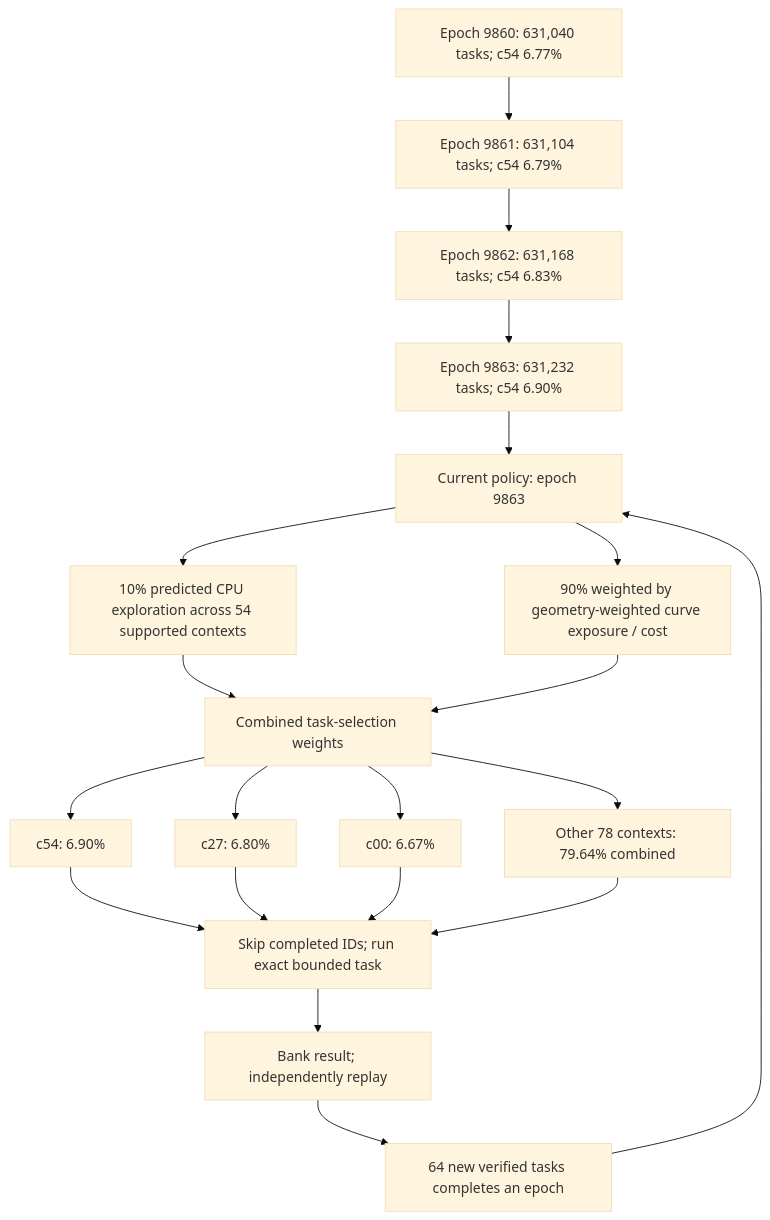
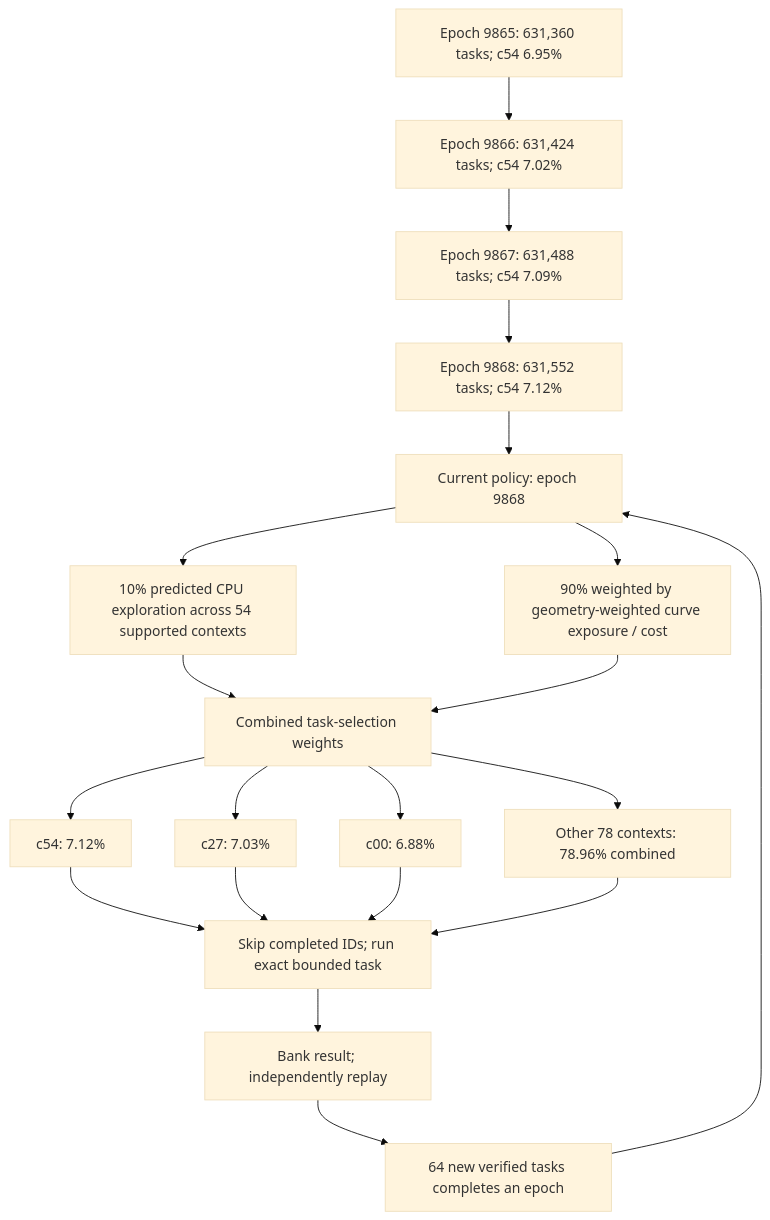
The first of 4 diagrams in README.md (Kuberwastaken/math-gambling), drawn with Mermaid (base theme) before and after one commit. The commit also changed other lines of this file and 786 other files, not shown here.

````diff
--- a/README.md
+++ b/README.md
@@ -60,27 +60,27 @@
 ```mermaid
 flowchart TD
-    H0["Epoch 9860: 631,040 tasks; c54 6.77%"]
-    H1["Epoch 9861: 631,104 tasks; c54 6.79%"]
+    H0["Epoch 9865: 631,360 tasks; c54 6.95%"]
+    H1["Epoch 9866: 631,424 tasks; c54 7.02%"]
     H0 --> H1
-    H2["Epoch 9862: 631,168 tasks; c54 6.83%"]
+    H2["Epoch 9867: 631,488 tasks; c54 7.09%"]
     H1 --> H2
-    H3["Epoch 9863: 631,232 tasks; c54 6.90%"]
+    H3["Epoch 9868: 631,552 tasks; c54 7.12%"]
     H2 --> H3
-    Policy["Current policy: epoch 9863"]
+    Policy["Current policy: epoch 9868"]
     H3 --> Policy
     Policy --> Explore["10% predicted CPU exploration across 54 supported contexts"]
     Policy --> Cost["90% weighted by geometry-weighted curve exposure / cost"]
     Explore --> Mix["Combined task-selection weights"]
     Cost --> Mix
-    Mix --> C0["c54: 6.90%"]
-    Mix --> C1["c27: 6.80%"]
-    Mix --> C2["c00: 6.67%"]
-    Mix --> Rest["Other 78 contexts: 79.64% combined"]
+    Mix --> C0["c54: 7.12%"]
+    Mix --> C1["c27: 7.03%"]
+    Mix --> C2["c00: 6.88%"]
+    Mix --> Rest["Other 78 contexts: 78.96% combined"]
     C0 --> Check["Skip completed IDs; run exact bounded task"]
     C1 --> Check
     C2 --> Check
     Rest --> Check
     Check --> Replay["Bank result; independently replay"]
     Replay --> Gate["64 new verified tasks completes an epoch"]
     Gate --> Policy
 ```
````
